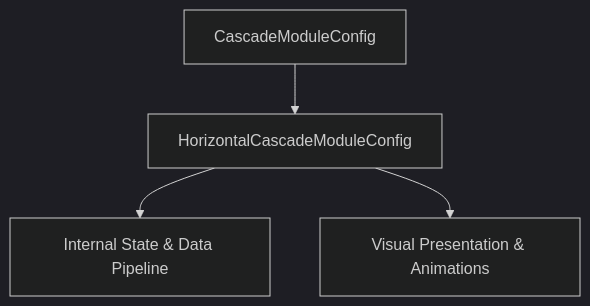
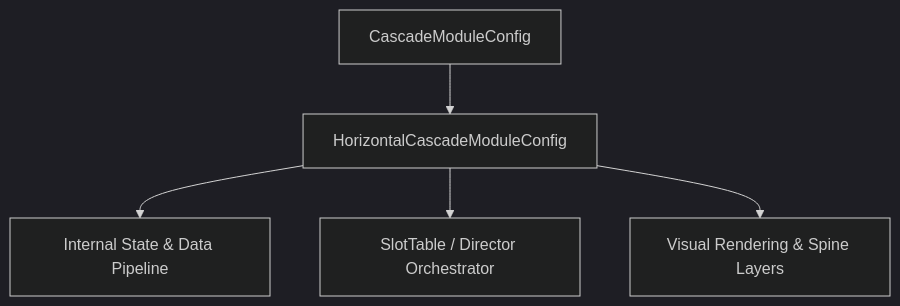
One commit to lam-ark/mcp-fwcc changed the diagram in docs/cc_slot_mechanics/modules/HorizontalCascadeModuleConfig/01_overview/01_architecture_and_role.md. Above: the diagram before and after it, drawn with Mermaid (dark theme). The commit also changed other lines of this file and 2509 other files, not shown here.

````diff
--- a/docs/cc_slot_mechanics/modules/HorizontalCascadeModuleConfig/01_overview/01_architecture_and_role.md
+++ b/docs/cc_slot_mechanics/modules/HorizontalCascadeModuleConfig/01_overview/01_architecture_and_role.md
@@ -18,6 +24,7 @@
 ```mermaid
 graph TD
-    Parent[CascadeModuleConfig] --> Mod[HorizontalCascadeModuleConfig]
-    Mod --> State[Internal State & Data Pipeline]
-    Mod --> Render[Visual Presentation & Animations]
+    SuperClass[CascadeModuleConfig] --> TargetClass[HorizontalCascadeModuleConfig]
+    TargetClass --> DataPipeline[Internal State & Data Pipeline]
+    TargetClass --> Orchestrator[SlotTable / Director Orchestrator]
+    TargetClass --> ViewLayer[Visual Rendering & Spine Layers]
 ```
````
